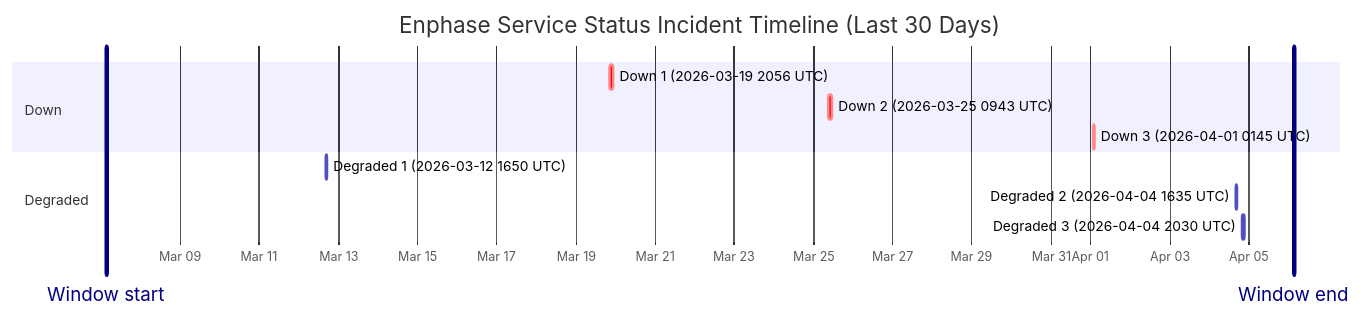
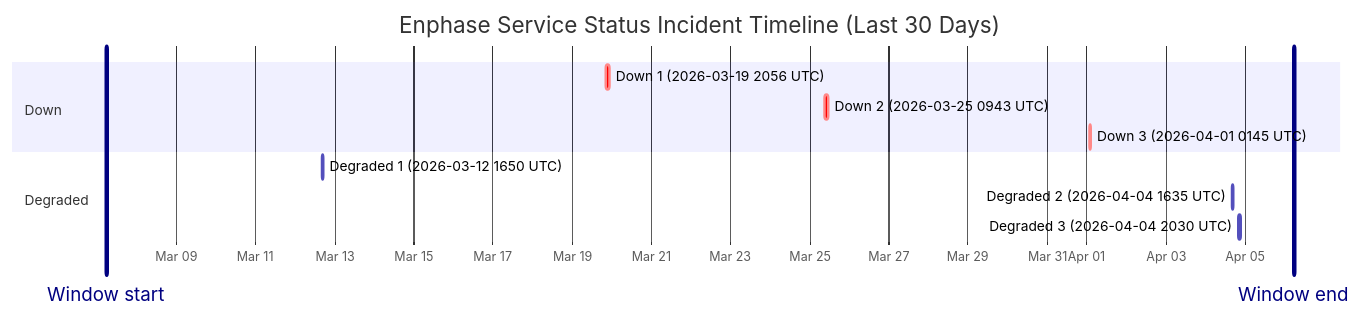
The diagram in wiki/Service-Status-History.md (barneyonline/ha-enphase-ev-charger), drawn with Mermaid before and after one commit. The commit also changed other lines of this file and 3 other files, not shown here.

````diff
--- a/wiki/Service-Status-History.md
+++ b/wiki/Service-Status-History.md
@@ -14,16 +14,16 @@
 ```mermaid
 gantt
     title Enphase Service Status Incident Timeline (Last 30 Days)
     dateFormat  YYYY-MM-DDTHH:mm:ss
     axisFormat  %b %d
-    Window start :vert, window-start, 2026-03-07T03:20:13, 0ms
-    Window end :vert, window-end, 2026-04-06T03:20:13, 0ms
+    Window start :vert, window-start, 2026-03-07T05:37:06, 0ms
+    Window end :vert, window-end, 2026-04-06T05:37:06, 0ms
     section Down
     Down 1 (2026-03-19 2056 UTC) :crit, down-1, 2026-03-19T20:56:20, 145m
     Down 2 (2026-03-25 0943 UTC) :crit, down-2, 2026-03-25T09:43:28, 111m
     Down 3 (2026-04-01 0145 UTC) :crit, down-3, 2026-04-01T01:45:09, 60m
     section Degraded
     Degraded 1 (2026-03-12 1650 UTC) :active, degraded-1, 2026-03-12T16:50:43, 60m
     Degraded 2 (2026-04-04 1635 UTC) :active, degraded-2, 2026-04-04T16:35:17, 60m
     Degraded 3 (2026-04-04 2030 UTC) :active, degraded-3, 2026-04-04T20:30:40, 60m
 ```
````
